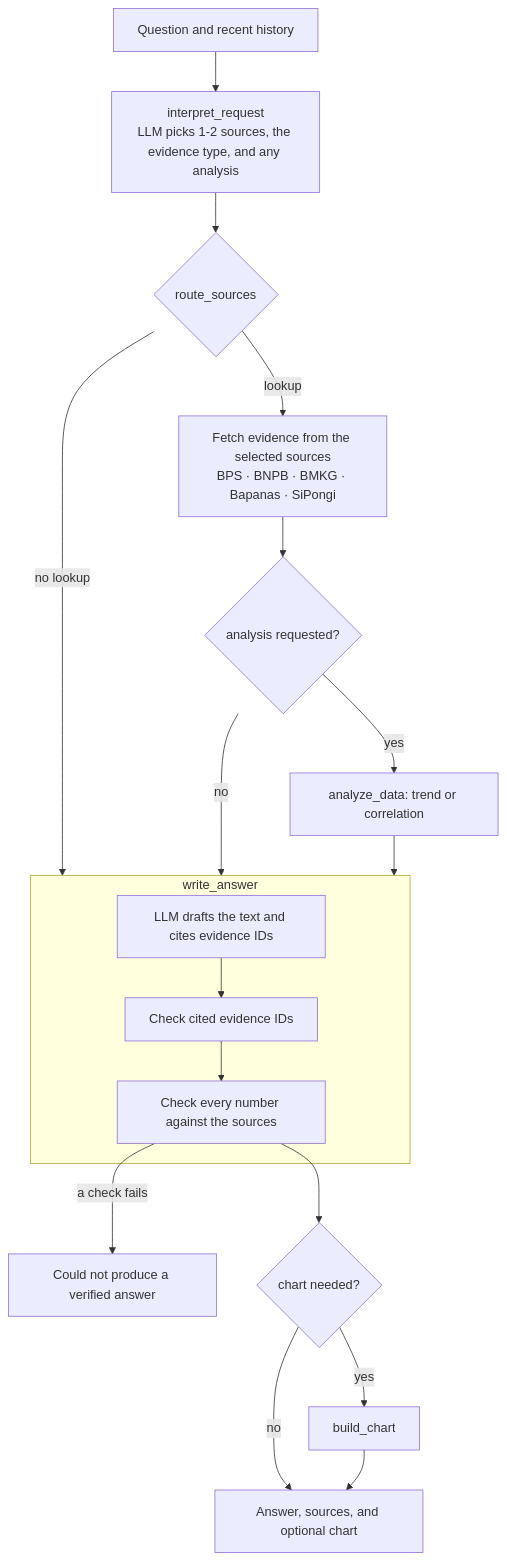
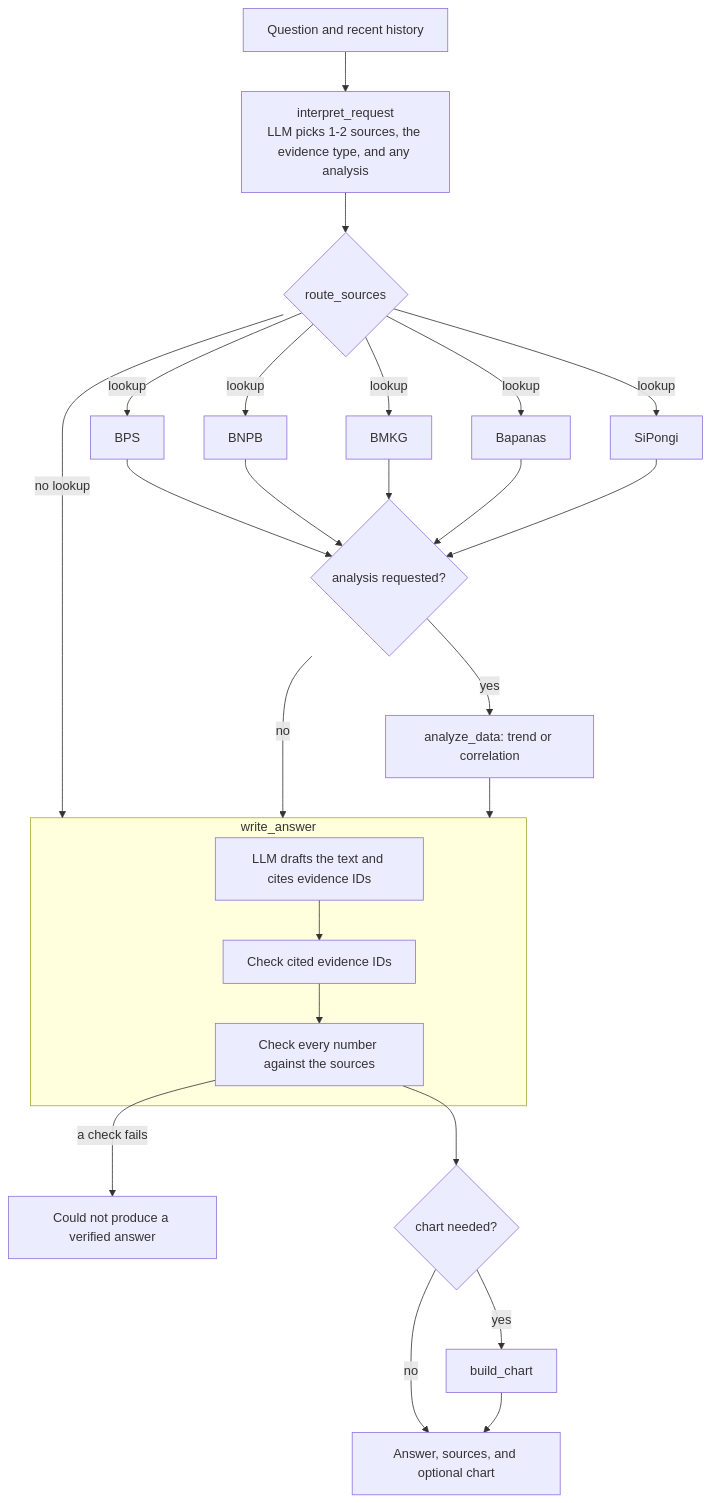
Before and after one commit to aprirachmadi/tilik-agent: the first of 2 diagrams in README.md, drawn with Mermaid. The commit also changed other lines of this file, not shown here.

Commit message:
Draw each source as its own block in the README question chart

````diff
--- a/README.md
+++ b/README.md
@@ -69,20 +69,28 @@
 ```mermaid
 flowchart TD
     Q[Question and recent history] --> IR["interpret_request<br/>LLM picks 1-2 sources, the evidence type, and any analysis"]
     IR --> RS{route_sources}
     RS -->|no lookup| WA
-    RS -->|lookup| FS["Fetch evidence from the selected sources<br/>BPS · BNPB · BMKG · Bapanas · SiPongi"]
-    FS --> RA{analysis requested?}
+    RS -->|lookup| S1[BPS]
+    RS -->|lookup| S2[BNPB]
+    RS -->|lookup| S3[BMKG]
+    RS -->|lookup| S4[Bapanas]
+    RS -->|lookup| S5[SiPongi]
+    S1 --> RA{analysis requested?}
+    S2 --> RA
+    S3 --> RA
+    S4 --> RA
+    S5 --> RA
     RA -->|yes| AD[analyze_data: trend or correlation]
     RA -->|no| WA
     AD --> WA
     subgraph WA[write_answer]
         D[LLM drafts the text and cites evidence IDs] --> CI[Check cited evidence IDs]
         CI --> CN[Check every number against the sources]
     end
     CN -->|a check fails| X[Could not produce a verified answer]
     CN --> CH{chart needed?}
     CH -->|yes| BC[build_chart]
     CH -->|no| U[Answer, sources, and optional chart]
     BC --> U
 ```
````
